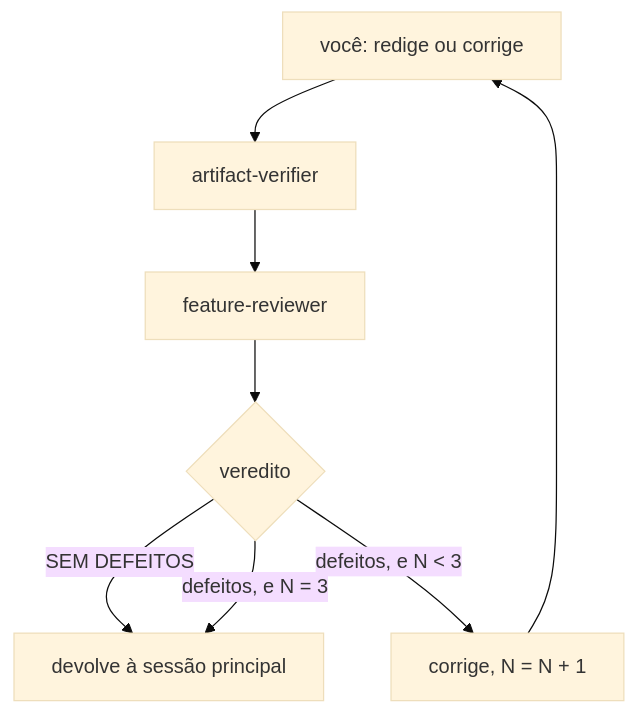
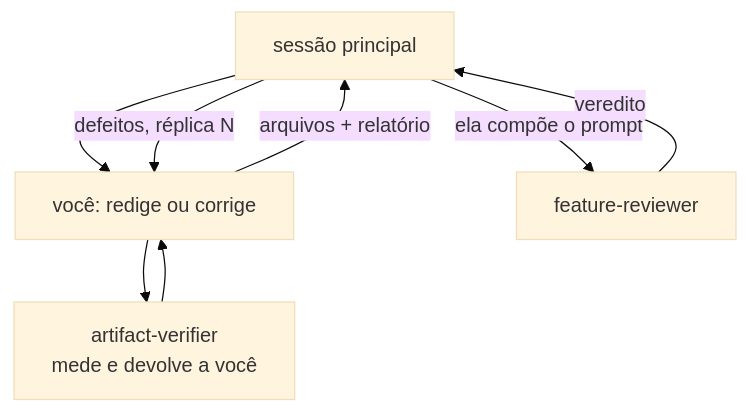
One commit to da0hn/distributed-systems-experiment-lab changed the second of 2 diagrams in .claude/agents/feature-writer.md. Above: the diagram before and after it, drawn with Mermaid (base theme). The commit also changed other lines of this file and 3 other files, not shown here.

First line of the commit message:
docs(agentes): Devolve à sessão o acionamento do revisor

````diff
--- a/.claude/agents/feature-writer.md
+++ b/.claude/agents/feature-writer.md
@@ -177,10 +171,10 @@
 ```mermaid
 flowchart TD
-    W["você: redige ou corrige"] --> V["artifact-verifier"]
-    V --> R["feature-reviewer"]
-    R --> D{"veredito"}
-    D -->|" SEM DEFEITOS "| F["devolve à sessão principal"]
-    D -->|" defeitos, e N < 3 "| C["corrige, N = N + 1"]
-    C --> W
-    D -->|" defeitos, e N = 3 "| F
+    S["sessão principal"] --> W["você: redige ou corrige"]
+    W --> V["artifact-verifier<br/>mede e devolve a você"]
+    V --> W
+    W -->|" arquivos + relatório "| S
+    S -->|" ela compõe o prompt "| R["feature-reviewer"]
+    R -->|" veredito "| S
+    S -->|" defeitos, réplica N "| W
 ```
````
